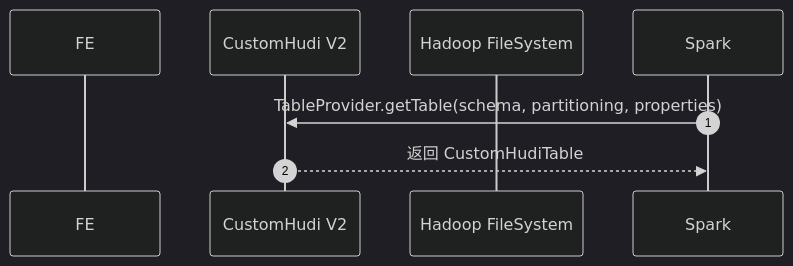
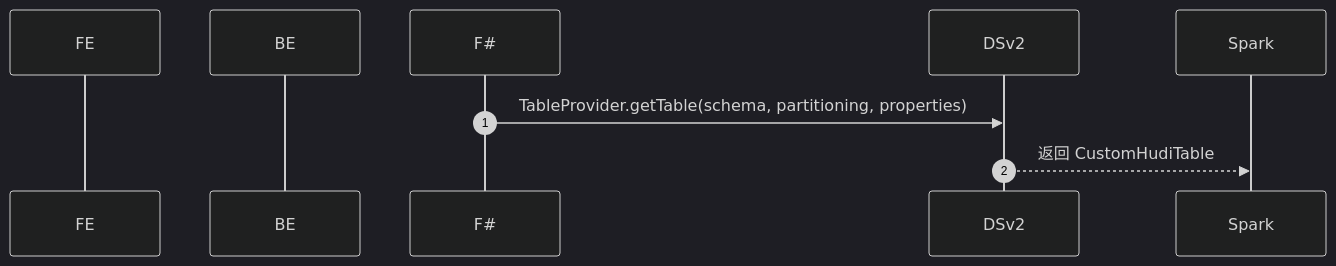
Before and after one commit to HY-10-8/iodraw-files: the diagram in all/Doris-写入数据.md, drawn with Mermaid (dark theme).

Commit message:
2026-04-22 17:11:18 update

````diff
--- a/all/Doris-写入数据.md
+++ b/all/Doris-写入数据.md
@@ -1,11 +1,10 @@
 ```mermaid
 sequenceDiagram
     autonumber
 
     participant FE
-    participant DSv2 as CustomHudi V2
-    participant Storage as Hadoop FileSystem
+    participant BE
 
-    Spark->>DSv2: TableProvider.getTable(schema, partitioning, properties)
+    F#->>DSv2: TableProvider.getTable(schema, partitioning, properties)
     DSv2-->>Spark: 返回 CustomHudiTable
 ```
````
